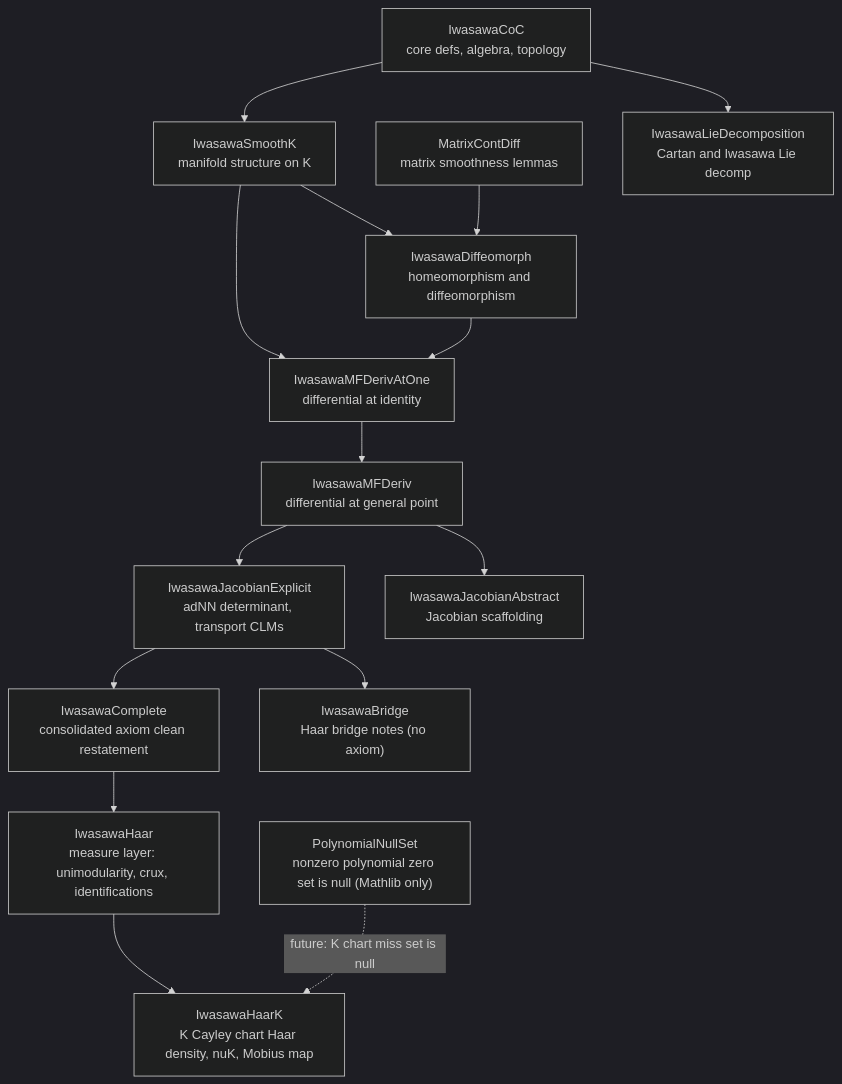
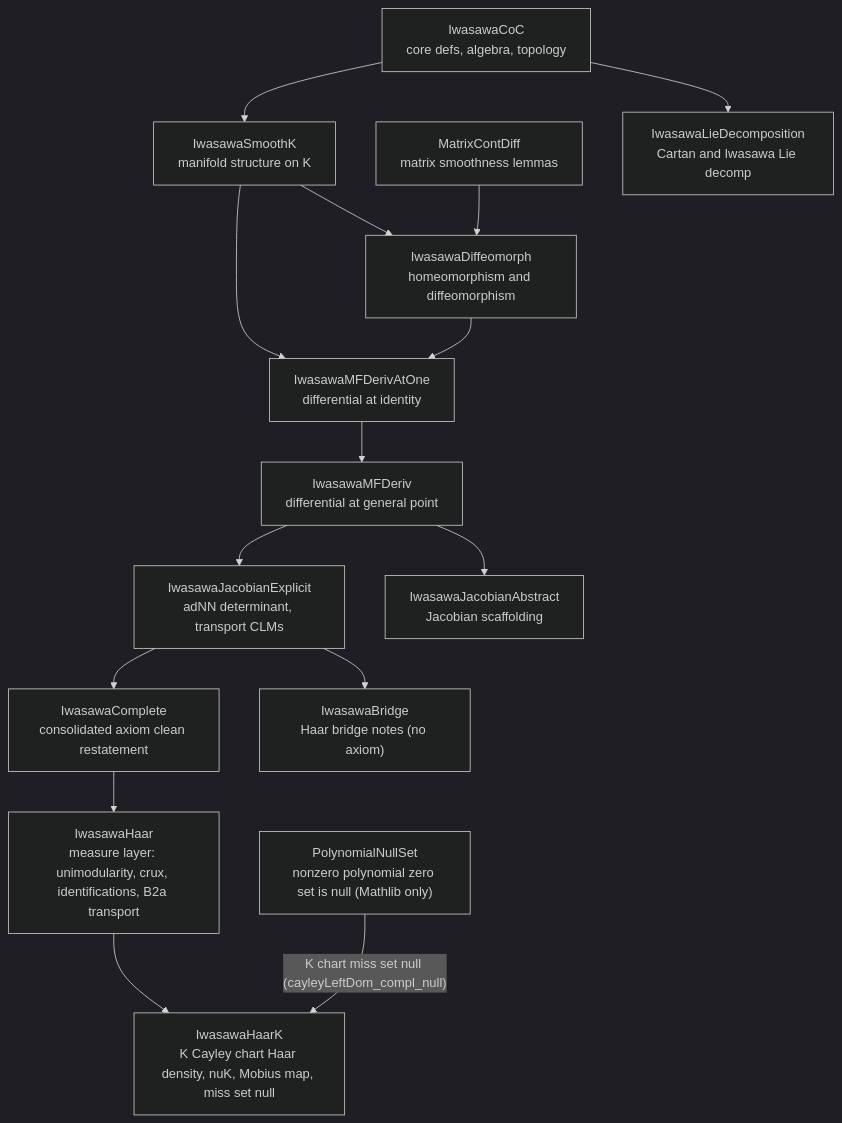
The fifth of 6 diagrams in README.md (CuteSurtr/iwasawa-change-of-coordinates), drawn with Mermaid (dark theme) before and after one commit. The commit also changed other lines of this file, not shown here.

First line of the commit message:
Docs: sync README to current state (PHASE 2 measure core, B2a, density gap)

````diff
--- a/README.md
+++ b/README.md
@@ -1390,32 +1482,32 @@
 ```mermaid
 flowchart TD
     COC["IwasawaCoC<br/>core defs, algebra, topology"]
     MCD["MatrixContDiff<br/>matrix smoothness lemmas"]
     SK["IwasawaSmoothK<br/>manifold structure on K"]
     DIFF["IwasawaDiffeomorph<br/>homeomorphism and diffeomorphism"]
     LIE["IwasawaLieDecomposition<br/>Cartan and Iwasawa Lie decomp"]
     D1["IwasawaMFDerivAtOne<br/>differential at identity"]
     DG["IwasawaMFDeriv<br/>differential at general point"]
     JE["IwasawaJacobianExplicit<br/>adNN determinant, transport CLMs"]
     JA["IwasawaJacobianAbstract<br/>Jacobian scaffolding"]
     CMP["IwasawaComplete<br/>consolidated axiom clean restatement"]
     BR["IwasawaBridge<br/>Haar bridge notes (no axiom)"]
-    HAAR["IwasawaHaar<br/>measure layer: unimodularity, crux, identifications"]
-    HAARK["IwasawaHaarK<br/>K Cayley chart Haar density, nuK, Mobius map"]
+    HAAR["IwasawaHaar<br/>measure layer: unimodularity, crux, identifications, B2a transport"]
+    HAARK["IwasawaHaarK<br/>K Cayley chart Haar density, nuK, Mobius map, miss set null"]
     POLY["PolynomialNullSet<br/>nonzero polynomial zero set is null (Mathlib only)"]
 
     COC --> SK
     COC --> LIE
     SK --> DIFF
     MCD --> DIFF
     SK --> D1
     DIFF --> D1
     D1 --> DG
     DG --> JE
     DG --> JA
     JE --> CMP
     JE --> BR
     CMP --> HAAR
     HAAR --> HAARK
-    POLY -.->|"future: K chart miss set is null"| HAARK
+    POLY -->|"K chart miss set null (cayleyLeftDom_compl_null)"| HAARK
 ```
````
